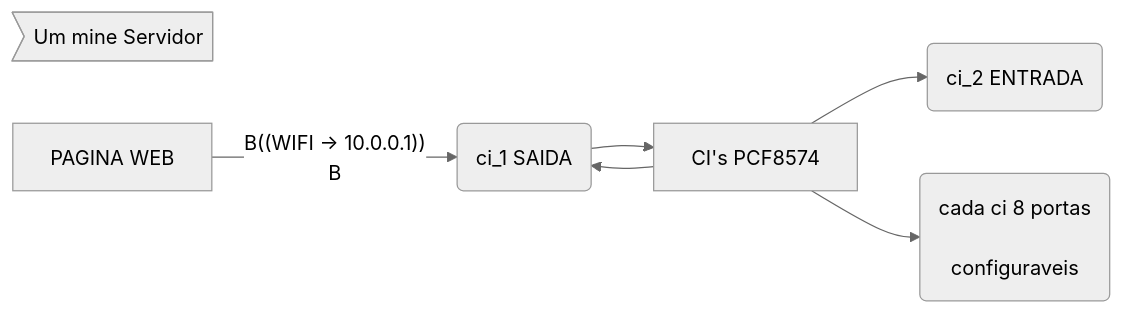
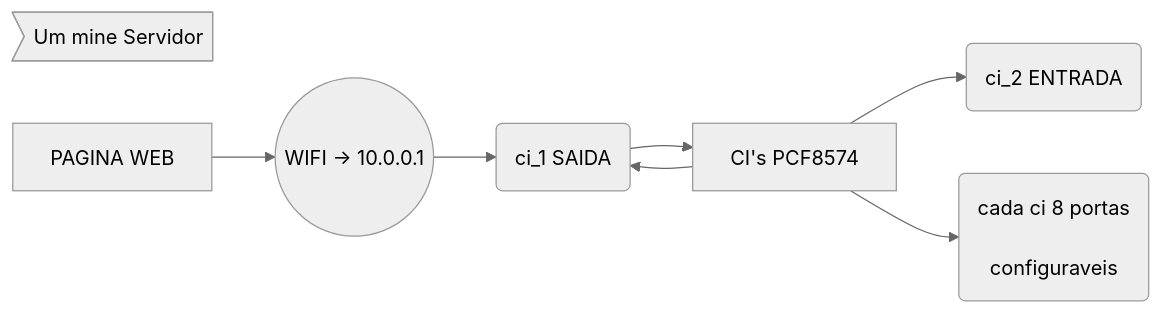
Before and after one commit to Condiolov/AppCasa: the third of 4 diagrams in README.md, drawn with Mermaid (neutral theme). The commit also changed other lines of this file, not shown here.

````diff
--- a/README.md
+++ b/README.md
@@ -42,11 +42,11 @@
 ```mermaid
 graph LR
 NOTA>Um mine Servidor]
-A[PAGINA WEB] -- B((WIFI -> 10.0.0.1))
+A[PAGINA WEB] --> B((WIFI -> 10.0.0.1))
 B --> E[ESP]
 E --> D[CI's PCF8574]
 D-->E(ci_1 SAIDA)
 D-->F(ci_2 ENTRADA)
 D-->H(cada ci 8 portas<br/>
 configuraveis)
 ```
````
